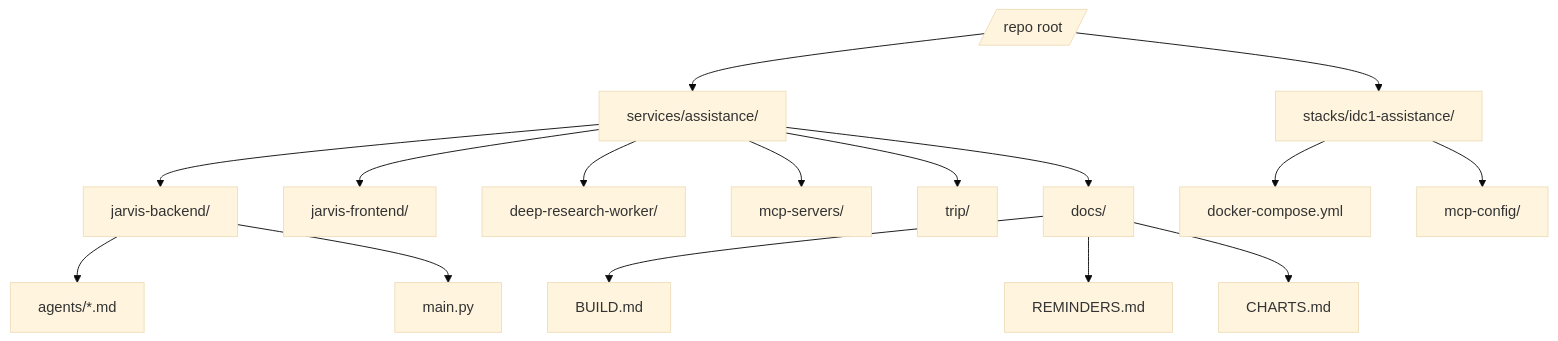
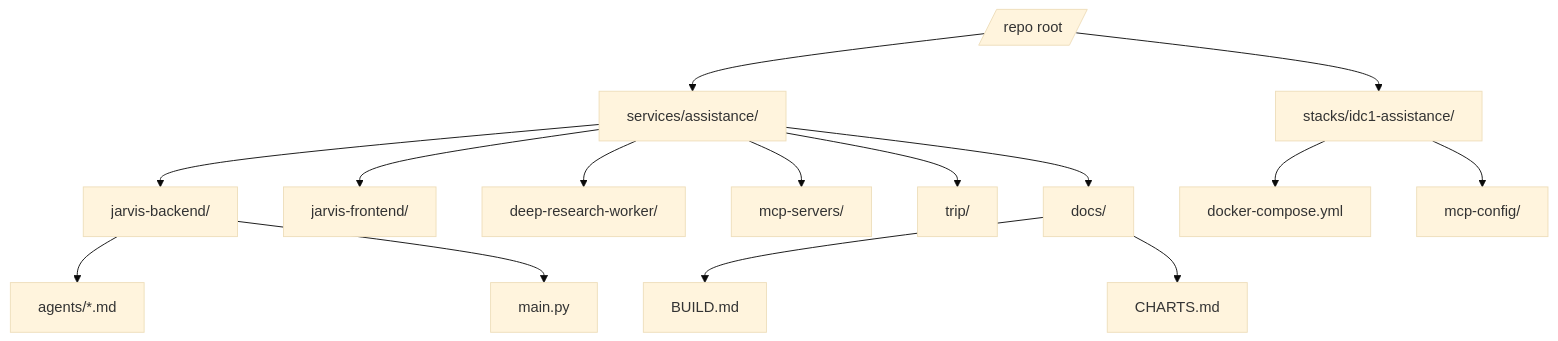
One commit to tonezzz/chaba changed diagram 12 of 12 in services/assistance/docs/CHARTS.md. Above: the diagram before and after it, drawn with Mermaid (base theme). The commit also changed other lines of this file and 15 other files, not shown here.

Commit message:
docs: update routes/sequences; remove obsolete google tasks/calendar/reminders references

````diff
--- a/services/assistance/docs/CHARTS.md
+++ b/services/assistance/docs/CHARTS.md
@@ -325,24 +260,23 @@
 ```mermaid
 flowchart TB
   ROOT[/repo root/]
 
   ROOT --> SA[services/assistance/]
   ROOT --> ST[stacks/idc1-assistance/]
 
   SA --> JB[jarvis-backend/]
   SA --> JF[jarvis-frontend/]
   SA --> DRW[deep-research-worker/]
   SA --> MCP[mcp-servers/]
   SA --> TRIP[trip/]
   SA --> DOCS[docs/]
 
   JB --> JB_AGENTS[agents/*.md]
   JB --> JB_MAIN[main.py]
 
   DOCS --> DOCS_BUILD[BUILD.md]
-  DOCS --> DOCS_REM[REMINDERS.md]
   DOCS --> DOCS_CHARTS[CHARTS.md]
 
   ST --> ST_COMPOSE[docker-compose.yml]
   ST --> ST_CFG[mcp-config/]
 ```
````
